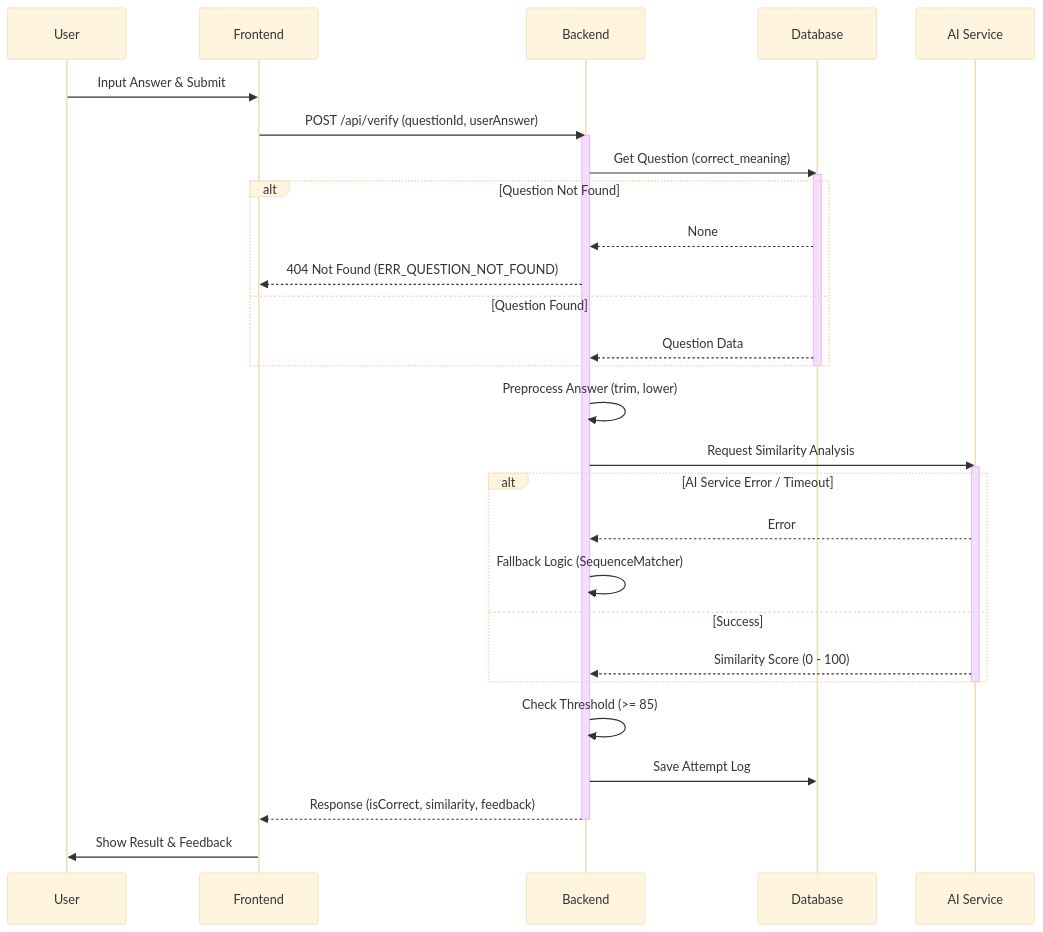
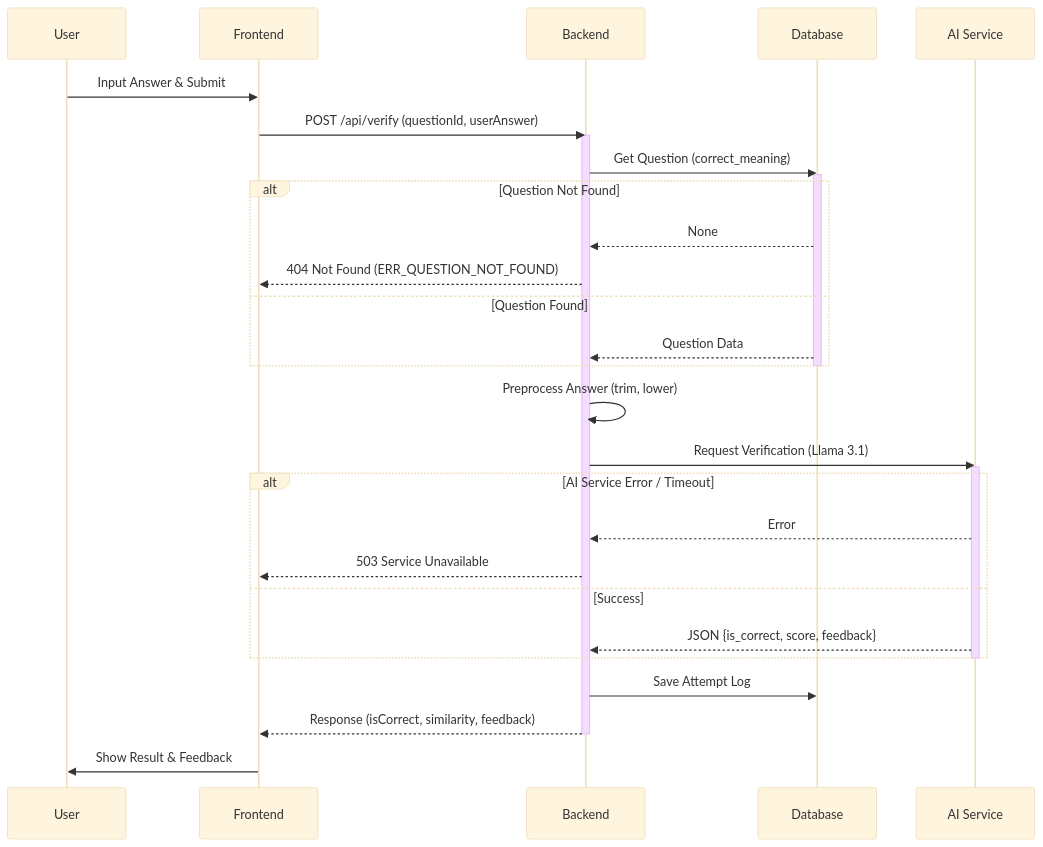
One commit to himchannnn/context_hunter changed the second of 2 diagrams in LLD.md. Above: the diagram before and after it, drawn with Mermaid (base theme). The commit also changed other lines of this file and 6 other files, not shown here.

Commit message:
Refactor AI verification to use Llama 3.1 and remove E5 embedding model

````diff
--- a/LLD.md
+++ b/LLD.md
@@ -112,42 +112,41 @@
 ```mermaid
 sequenceDiagram
     participant User
     participant FE as Frontend
     participant BE as Backend
     participant DB as Database
     participant AI as AI Service
 
     User->>FE: Input Answer & Submit
     FE->>BE: POST /api/verify (questionId, userAnswer)
     activate BE
     
     BE->>DB: Get Question (correct_meaning)
     activate DB
     alt Question Not Found
         DB-->>BE: None
         BE-->>FE: 404 Not Found (ERR_QUESTION_NOT_FOUND)
     else Question Found
         DB-->>BE: Question Data
     end
     deactivate DB
     
     BE->>BE: Preprocess Answer (trim, lower)
     
-    BE->>AI: Request Similarity Analysis
+    BE->>AI: Request Verification (Llama 3.1)
     activate AI
     alt AI Service Error / Timeout
         AI-->>BE: Error
-        BE->>BE: Fallback Logic (SequenceMatcher)
+        BE-->>FE: 503 Service Unavailable
     else Success
-        AI-->>BE: Similarity Score (0 - 100)
+        AI-->>BE: JSON {is_correct, score, feedback}
     end
     deactivate AI
     
-    BE->>BE: Check Threshold (>= 85)
     BE->>DB: Save Attempt Log
     
     BE-->>FE: Response (isCorrect, similarity, feedback)
     deactivate BE
     
     FE->>User: Show Result & Feedback
 ```
````
